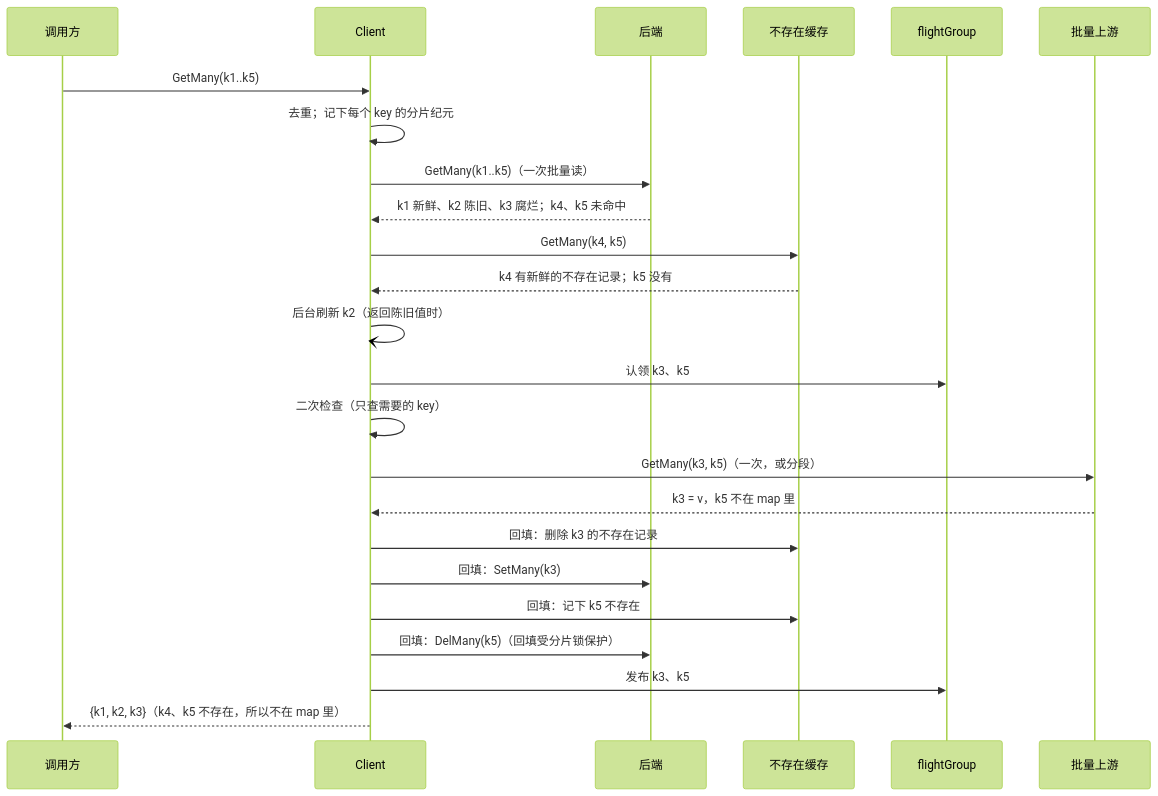
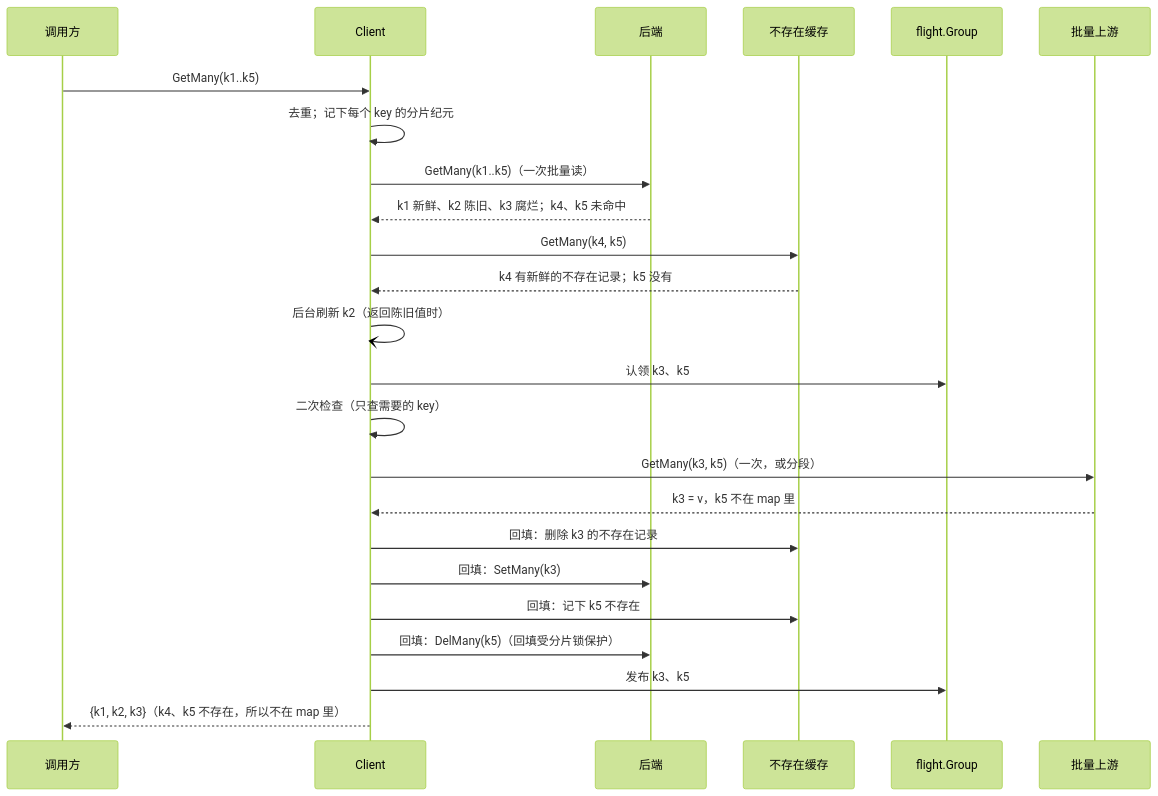
Before and after one commit to theplant/cachex: the diagram in docs/design/batch.md, drawn with Mermaid (forest theme). The commit also changed other lines of this file and 13 other files, not shown here.

First line of the commit message:
refactor: move the flight group and the write stripes into internal packages

````diff
--- a/docs/design/batch.md
+++ b/docs/design/batch.md
@@ -29,26 +29,26 @@
 ```mermaid
 sequenceDiagram
     participant C as 调用方
     participant L as Client
     participant B as 后端
     participant N as 不存在缓存
-    participant G as flightGroup
+    participant G as flight.Group
     participant U as 批量上游
     C->>L: GetMany(k1..k5)
     L->>L: 去重；记下每个 key 的分片纪元
     L->>B: GetMany(k1..k5)（一次批量读）
     B-->>L: k1 新鲜、k2 陈旧、k3 腐烂；k4、k5 未命中
     L->>N: GetMany(k4, k5)
     N-->>L: k4 有新鲜的不存在记录；k5 没有
     L-)L: 后台刷新 k2（返回陈旧值时）
     L->>G: 认领 k3、k5
     L->>L: 二次检查（只查需要的 key）
     L->>U: GetMany(k3, k5)（一次，或分段）
     U-->>L: k3 = v，k5 不在 map 里
     L->>N: 回填：删除 k3 的不存在记录
     L->>B: 回填：SetMany(k3)
     L->>N: 回填：记下 k5 不存在
     L->>B: 回填：DelMany(k5)（回填受分片锁保护）
     L->>G: 发布 k3、k5
     L-->>C: {k1, k2, k3}（k4、k5 不存在，所以不在 map 里）
 ```
````
